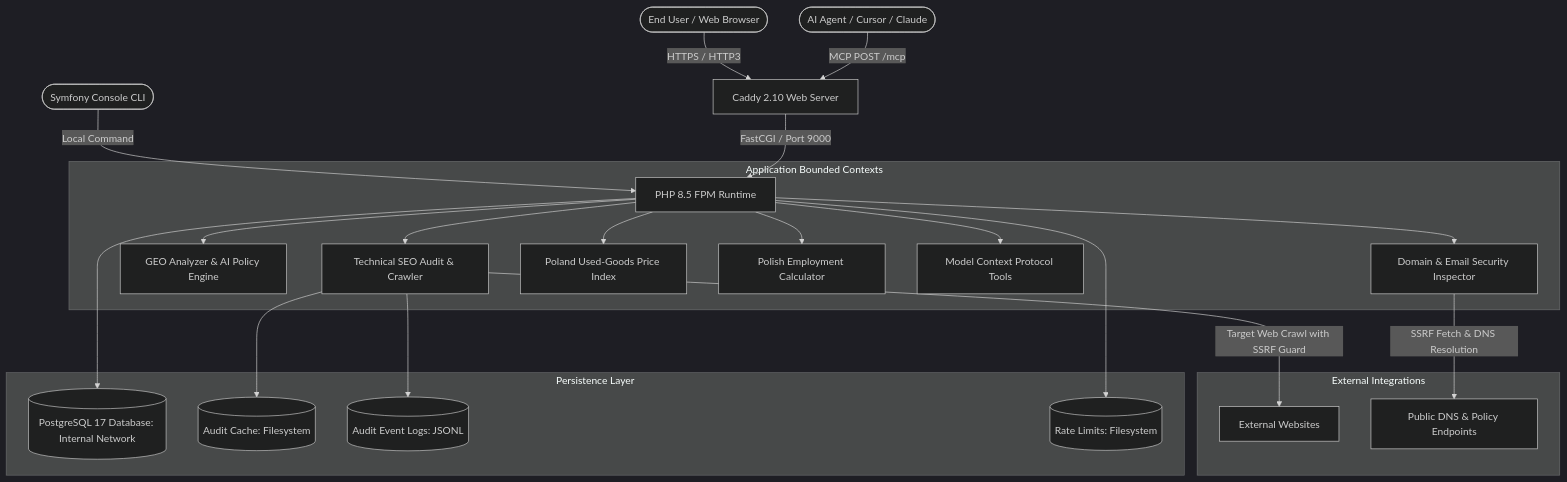
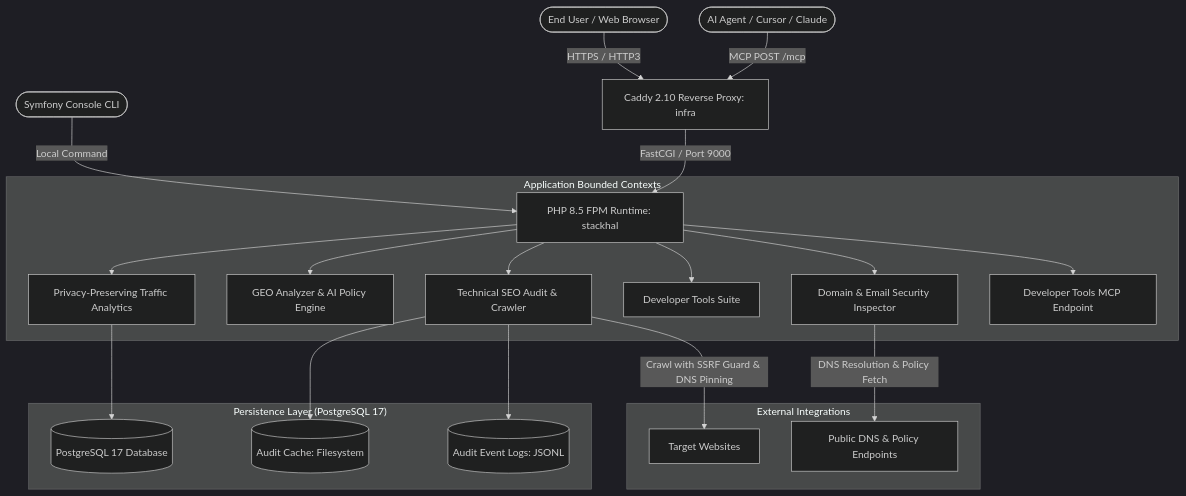
The diagram in ARCHITECTURE.md (bahdanhal/stackhal), drawn with Mermaid (dark theme) before and after one commit. The commit also changed other lines of this file and 20 other files, not shown here.

Commit message:
refactor: eliminate legacy income calculator leftovers and standardize HTTP fetcher

````diff
--- a/ARCHITECTURE.md
+++ b/ARCHITECTURE.md
@@ -9,29 +9,28 @@
 ```mermaid
 graph TD
-    User([End User / Web Browser]) -->|HTTPS / HTTP3| Caddy[Caddy 2.10 Web Server]
+    User([End User / Web Browser]) -->|HTTPS / HTTP3| Caddy[Caddy 2.10 Reverse Proxy: infra]
     Agent([AI Agent / Cursor / Claude]) -->|MCP POST /mcp| Caddy
-    CLI([Symfony Console CLI]) -->|Local Command| PHP[PHP 8.5 FPM Runtime]
+    CLI([Symfony Console CLI]) -->|Local Command| PHP[PHP 8.5 FPM Runtime: stackhal]
 
     Caddy -->|FastCGI / Port 9000| PHP
     
     subgraph "Application Bounded Contexts"
         PHP --> AuditContext[Technical SEO Audit & Crawler]
         PHP --> GeoContext[GEO Analyzer & AI Policy Engine]
         PHP --> DomainInspectorContext[Domain & Email Security Inspector]
-        PHP --> MarketContext[Poland Used-Goods Price Index]
-        PHP --> IncomeContext[Polish Employment Calculator]
-        PHP --> McpContext[Model Context Protocol Tools]
+        PHP --> DevToolsContext[Developer Tools Suite]
+        PHP --> AnalyticsContext[Privacy-Preserving Traffic Analytics]
+        PHP --> McpContext[Developer Tools MCP Endpoint]
     end
 
     subgraph "External Integrations"
-        AuditContext -->|Target Web Crawl with SSRF Guard| InternetTarget[External Websites]
-        DomainInspectorContext -->|SSRF Fetch & DNS Resolution| DnsTarget[Public DNS & Policy Endpoints]
+        AuditContext -->|Crawl with SSRF Guard & DNS Pinning| ExternalWeb[Target Websites]
+        DomainInspectorContext -->|DNS Resolution & Policy Fetch| PublicDns[Public DNS & Policy Endpoints]
     end
 
-    subgraph "Persistence Layer"
-        PHP --> PostgreSQL[(PostgreSQL 17 Database: Internal Network)]
+    subgraph "Persistence Layer (PostgreSQL 17)"
+        AnalyticsContext --> PostgreSQL[(PostgreSQL 17 Database)]
         AuditContext --> AuditCache[(Audit Cache: Filesystem)]
         AuditContext --> AuditLogs[(Audit Event Logs: JSONL)]
-        PHP --> RateLimits[(Rate Limits: Filesystem)]
     end
 ```
````
